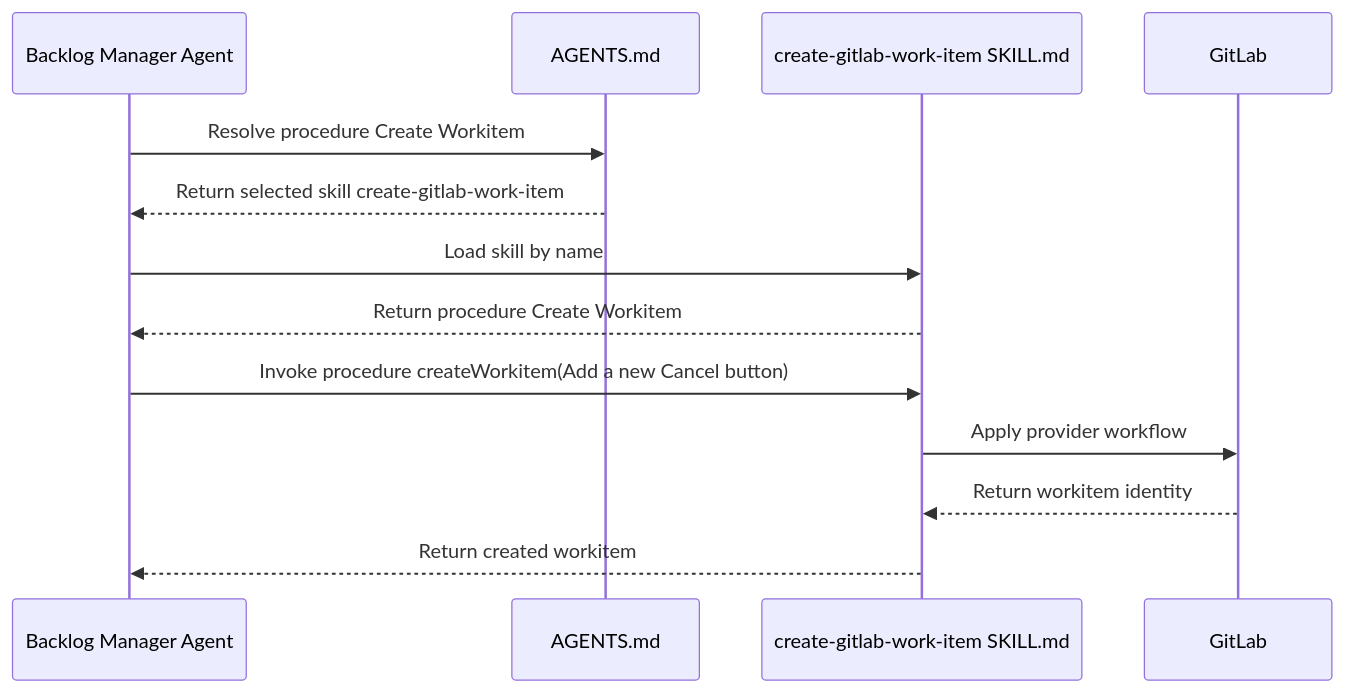
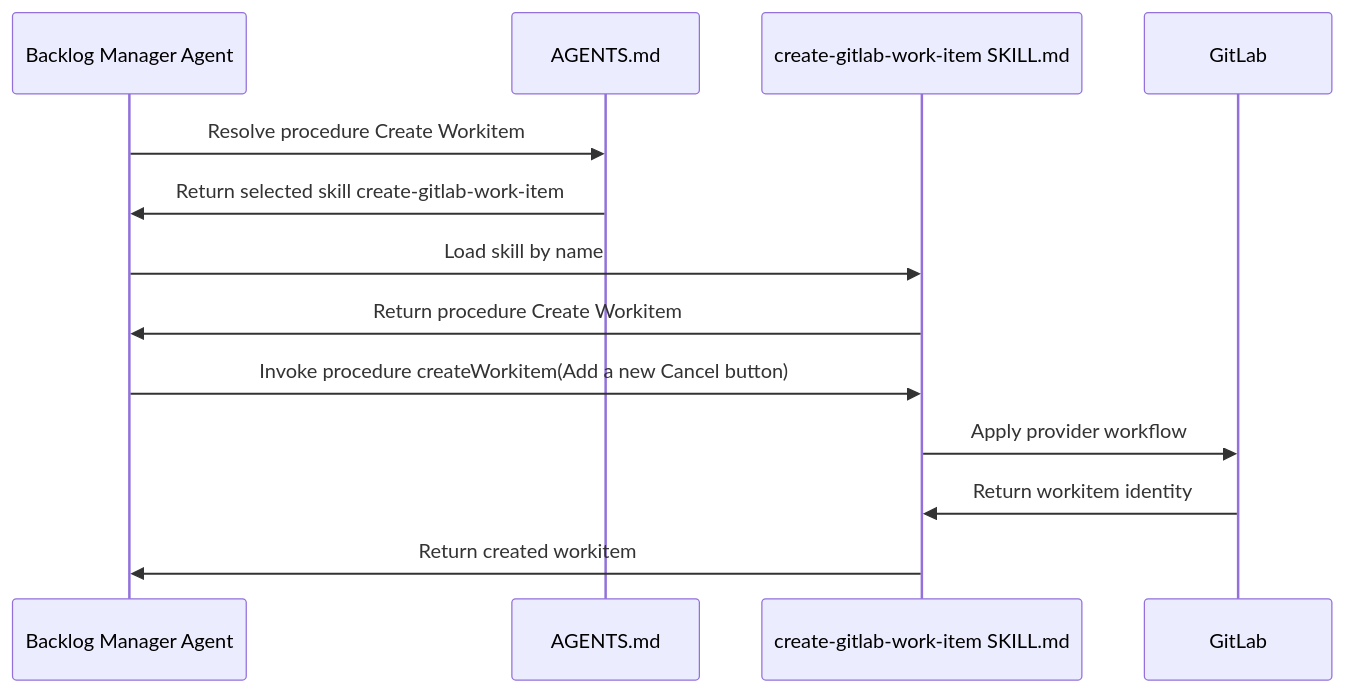
The seventh of 11 diagrams in design/object-oriented-agent-and-skill-model.md (martinbechard/dev-methodology), drawn with Mermaid before and after one commit. The commit also changed other lines of this file and 2 other files, not shown here.

Commit message:
Simplify diagram reference conventions

````diff
--- a/design/object-oriented-agent-and-skill-model.md
+++ b/design/object-oriented-agent-and-skill-model.md
@@ -462,16 +373,16 @@
 ```mermaid
 sequenceDiagram
     participant Agent as Backlog Manager Agent
     participant Guidance as AGENTS.md
     participant Skill as create-gitlab-work-item SKILL.md
     participant GitLab
 
     Agent->>Guidance: Resolve procedure Create Workitem
-    Guidance-->>Agent: Return selected skill create-gitlab-work-item
+    Guidance->>Agent: Return selected skill create-gitlab-work-item
     Agent->>Skill: Load skill by name
-    Skill-->>Agent: Return procedure Create Workitem
+    Skill->>Agent: Return procedure Create Workitem
     Agent->>Skill: Invoke procedure createWorkitem(Add a new Cancel button)
     Skill->>GitLab: Apply provider workflow
-    GitLab-->>Skill: Return workitem identity
-    Skill-->>Agent: Return created workitem
+    GitLab->>Skill: Return workitem identity
+    Skill->>Agent: Return created workitem
 ```
````
